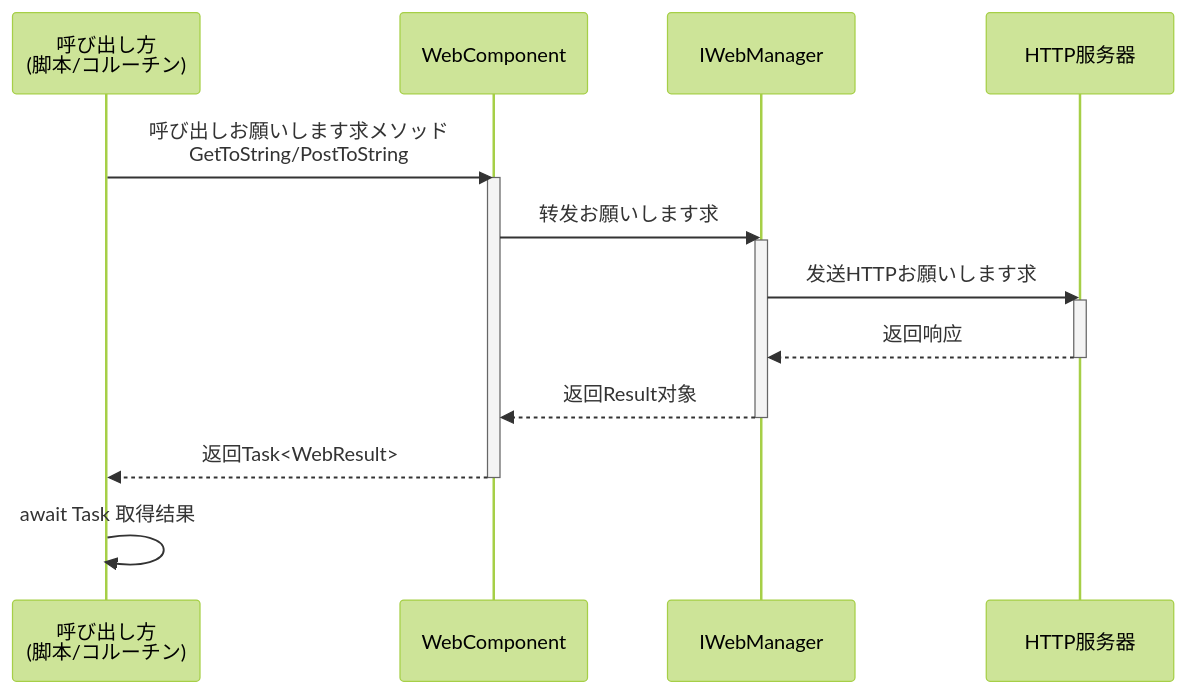
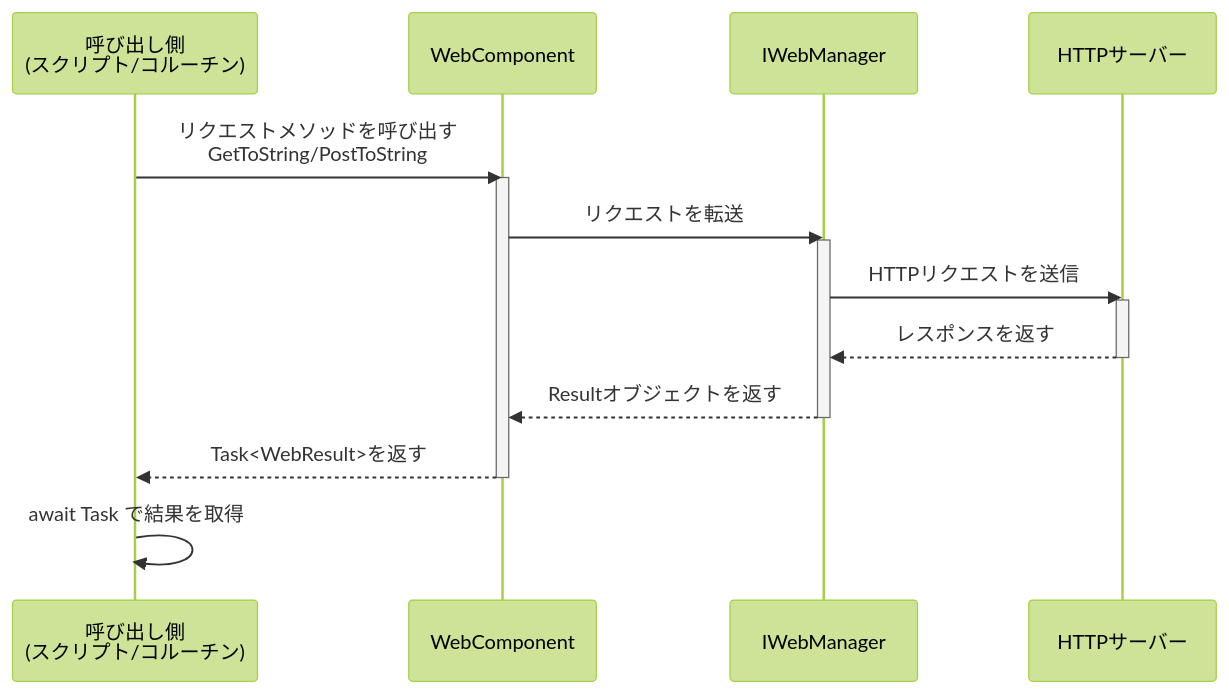
One commit to AlianBlank/GameFrameX.Docs changed the second of 3 diagrams in docs/ja/client/unity/component/web/08.web-component.md. Above: the diagram before and after it, drawn with Mermaid (forest theme). The commit also changed other lines of this file and 320 other files, not shown here.

````diff
--- a/docs/ja/client/unity/component/web/08.web-component.md
+++ b/docs/ja/client/unity/component/web/08.web-component.md
@@ -140,21 +140,21 @@
 ```mermaid
 sequenceDiagram
-    participant C as 呼び出し方<br/>(脚本/コルーチン)
+    participant C as 呼び出し側<br/>(スクリプト/コルーチン)
     participant WC as WebComponent
     participant WM as IWebManager
-    participant HTTP as HTTP服务器
+    participant HTTP as HTTPサーバー
 
-    C->>WC: 呼び出しお願いします求メソッド<br/>GetToString/PostToString
+    C->>WC: リクエストメソッドを呼び出す<br/>GetToString/PostToString
     activate WC
-    WC->>WM: 转发お願いします求
+    WC->>WM: リクエストを転送
     activate WM
-    WM->>HTTP: 发送HTTPお願いします求
+    WM->>HTTP: HTTPリクエストを送信
     activate HTTP
-    HTTP-->>WM: 返回响应
+    HTTP-->>WM: レスポンスを返す
     deactivate HTTP
-    WM-->>WC: 返回Result对象
+    WM-->>WC: Resultオブジェクトを返す
     deactivate WM
-    WC-->>C: 返回Task<WebResult>
+    WC-->>C: Task<WebResult>を返す
     deactivate WC
-    C->>C: await Task 取得结果
+    C->>C: await Task で結果を取得
 ```
````
